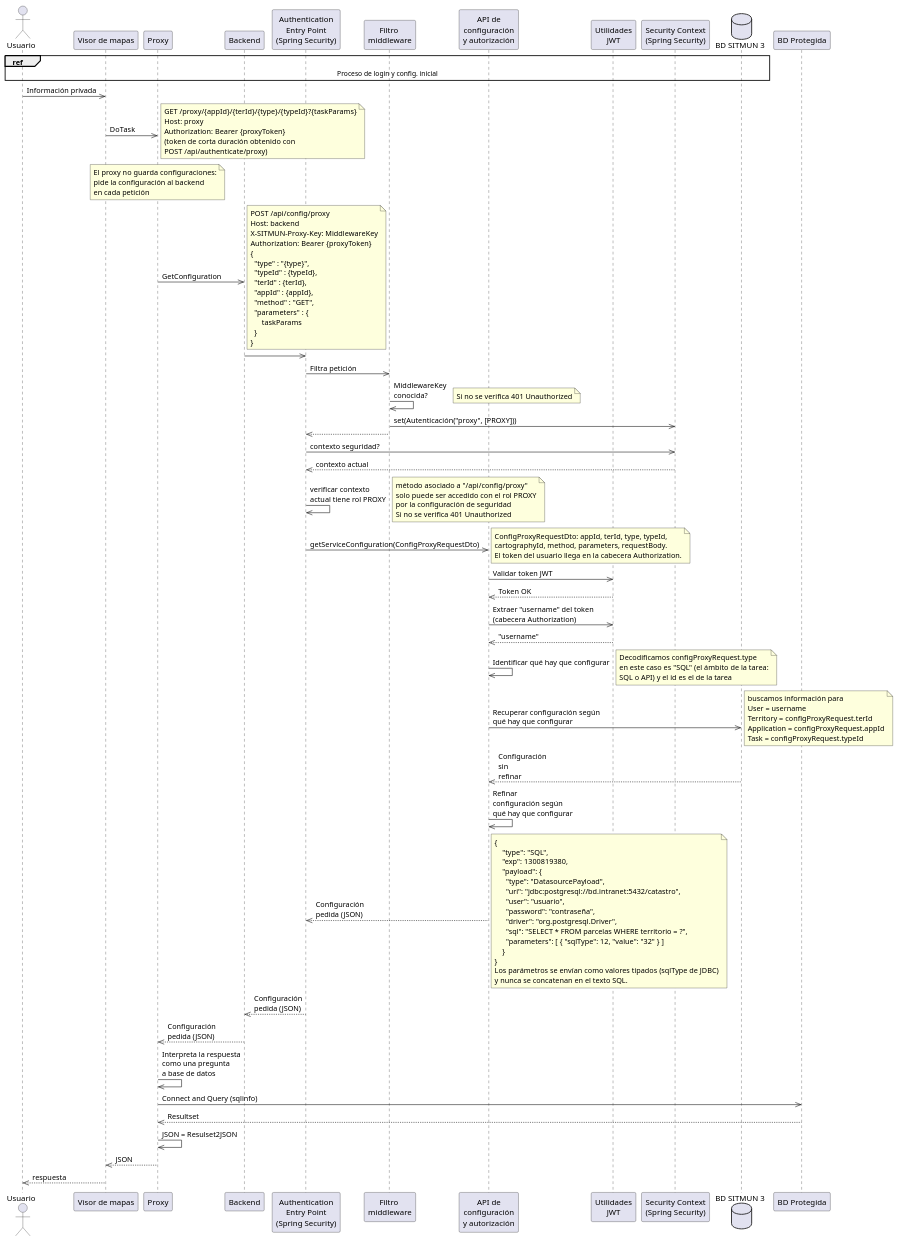
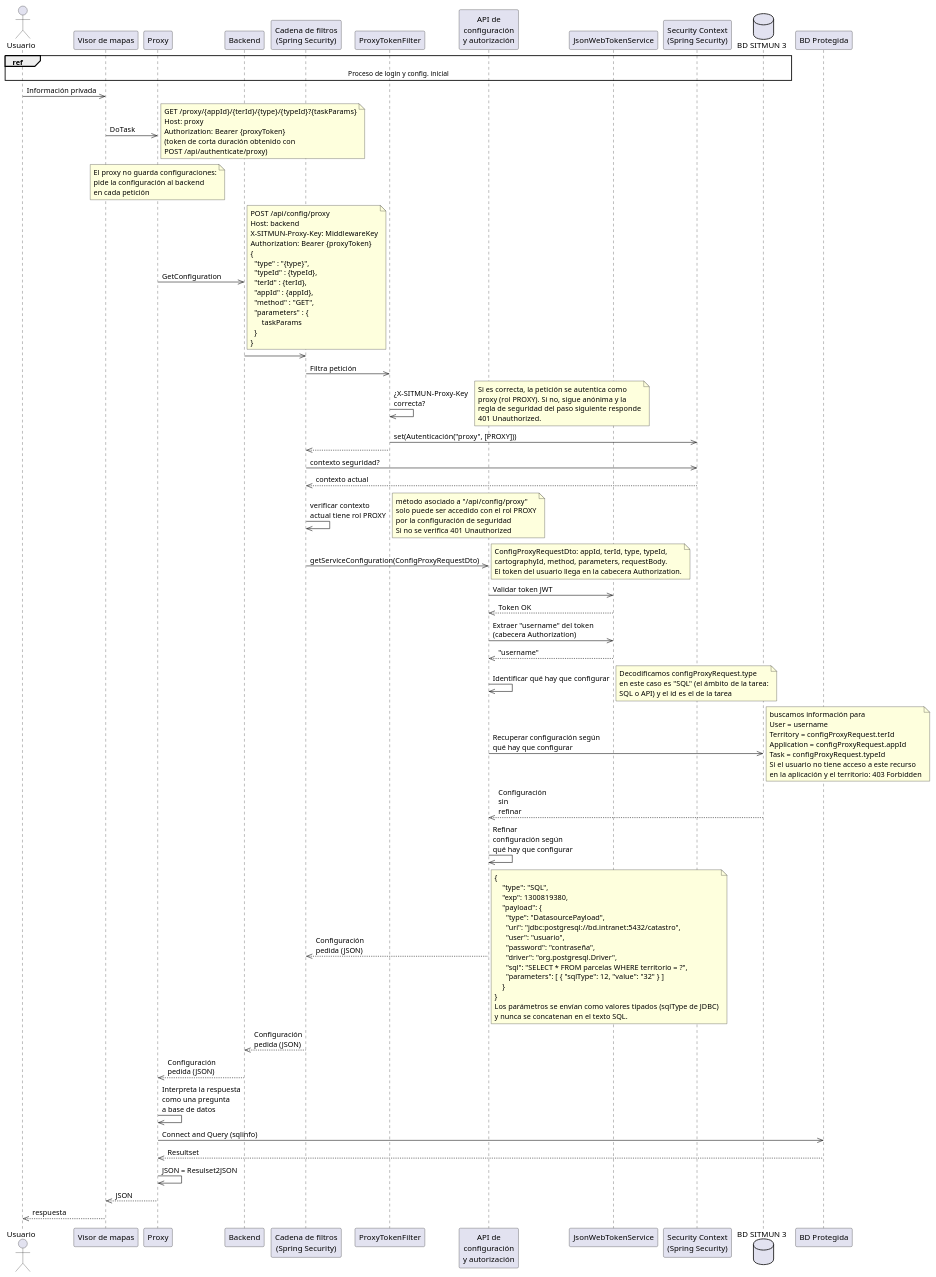
The fourth of 6 diagrams in docs/que-es-sitmun/plataforma/arquitectura/index.md (sitmun/sitmun.github.io), drawn with PlantUML before and after one commit. The commit also changed other lines of this file and 18 other files, not shown here.

First line of the commit message:
docs: round 7 guide, developer-diagram and tone fixes

```diff
--- a/docs/que-es-sitmun/plataforma/arquitectura/index.md
+++ b/docs/que-es-sitmun/plataforma/arquitectura/index.md
@@ -633,10 +635,10 @@
 participant "Visor de mapas" as Client
 participant "Proxy" as Proxy
 participant "Backend" as Backend
-participant "Authentication\nEntry Point\n(Spring Security)" as AuthenticationEntryPoint
-participant "Filtro \nmiddleware" as MiddlewareFilter
+participant "Cadena de filtros\n(Spring Security)" as FilterChain
+participant "ProxyTokenFilter" as ProxyTokenFilter
 participant "API de\nconfiguración\ny autorización" as ConfigurationAPI
-participant "Utilidades\nJWT" as JWTUtils
+participant "JsonWebTokenService" as JsonWebTokenService
 participant "Security Context\n(Spring Security)" as SecurityContext
 database "BD SITMUN 3" as Database
 participant "BD Protegida" as ProtectedDatabase
@@ -675,33 +677,36 @@
  }
 end note
 
-Backend ->> AuthenticationEntryPoint: 
-AuthenticationEntryPoint ->> MiddlewareFilter: Filtra petición
-MiddlewareFilter ->> MiddlewareFilter: MiddlewareKey\nconocida?
+Backend ->> FilterChain: 
+FilterChain ->> ProxyTokenFilter: Filtra petición
+ProxyTokenFilter ->> ProxyTokenFilter: ¿X-SITMUN-Proxy-Key\ncorrecta?
 note right
-  Si no se verifica 401 Unauthorized
+  Si es correcta, la petición se autentica como
+  proxy (rol PROXY). Si no, sigue anónima y la
+  regla de seguridad del paso siguiente responde
+  401 Unauthorized.
 end note
-MiddlewareFilter ->> SecurityContext: set(Autenticación("proxy", [PROXY]))
-MiddlewareFilter -->> AuthenticationEntryPoint
-AuthenticationEntryPoint ->> SecurityContext: contexto seguridad?
-SecurityContext -->> AuthenticationEntryPoint: contexto actual
-AuthenticationEntryPoint ->> AuthenticationEntryPoint: verificar contexto\nactual tiene rol PROXY
+ProxyTokenFilter ->> SecurityContext: set(Autenticación("proxy", [PROXY]))
+ProxyTokenFilter -->> FilterChain
+FilterChain ->> SecurityContext: contexto seguridad?
+SecurityContext -->> FilterChain: contexto actual
+FilterChain ->> FilterChain: verificar contexto\nactual tiene rol PROXY
 note right
   método asociado a "/api/config/proxy" 
   solo puede ser accedido con el rol PROXY
   por la configuración de seguridad
   Si no se verifica 401 Unauthorized
 end note
-AuthenticationEntryPoint ->> ConfigurationAPI: getServiceConfiguration(ConfigProxyRequestDto)
+FilterChain ->> ConfigurationAPI: getServiceConfiguration(ConfigProxyRequestDto)
 note right
   ConfigProxyRequestDto: appId, terId, type, typeId,
   cartographyId, method, parameters, requestBody.
   El token del usuario llega en la cabecera Authorization.
 end note
-ConfigurationAPI ->> JWTUtils: Validar token JWT
-JWTUtils -->> ConfigurationAPI: Token OK
-ConfigurationAPI ->> JWTUtils: Extraer "username" del token\n(cabecera Authorization)
-JWTUtils -->> ConfigurationAPI: "username"
+ConfigurationAPI ->> JsonWebTokenService: Validar token JWT
+JsonWebTokenService -->> ConfigurationAPI: Token OK
+ConfigurationAPI ->> JsonWebTokenService: Extraer "username" del token\n(cabecera Authorization)
+JsonWebTokenService -->> ConfigurationAPI: "username"
 ConfigurationAPI ->> ConfigurationAPI: Identificar qué hay que configurar 
 note right
   Decodificamos configProxyRequest.type
@@ -715,10 +720,12 @@
   Territory = configProxyRequest.terId
   Application = configProxyRequest.appId
   Task = configProxyRequest.typeId
+  Si el usuario no tiene acceso a este recurso
+  en la aplicación y el territorio: 403 Forbidden
 end note
 Database -->> ConfigurationAPI: Configuración\nsin\nrefinar
 ConfigurationAPI ->> ConfigurationAPI: Refinar\nconfiguración según\nqué hay que configurar
-ConfigurationAPI -->> AuthenticationEntryPoint: Configuración\npedida (JSON)
+ConfigurationAPI -->> FilterChain: Configuración\npedida (JSON)
 note right
   {
       "type": "SQL",
@@ -736,7 +743,7 @@
   Los parámetros se envían como valores tipados (sqlType de JDBC)
   y nunca se concatenan en el texto SQL.
 end note
-AuthenticationEntryPoint -->> Backend: Configuración\npedida (JSON)
+FilterChain -->> Backend: Configuración\npedida (JSON)
 Backend -->> Proxy: Configuración\npedida (JSON)
 Proxy ->> Proxy: Interpreta la respuesta\ncomo una pregunta\na base de datos
 Proxy ->> ProtectedDatabase: Connect and Query (sqlinfo)
```
